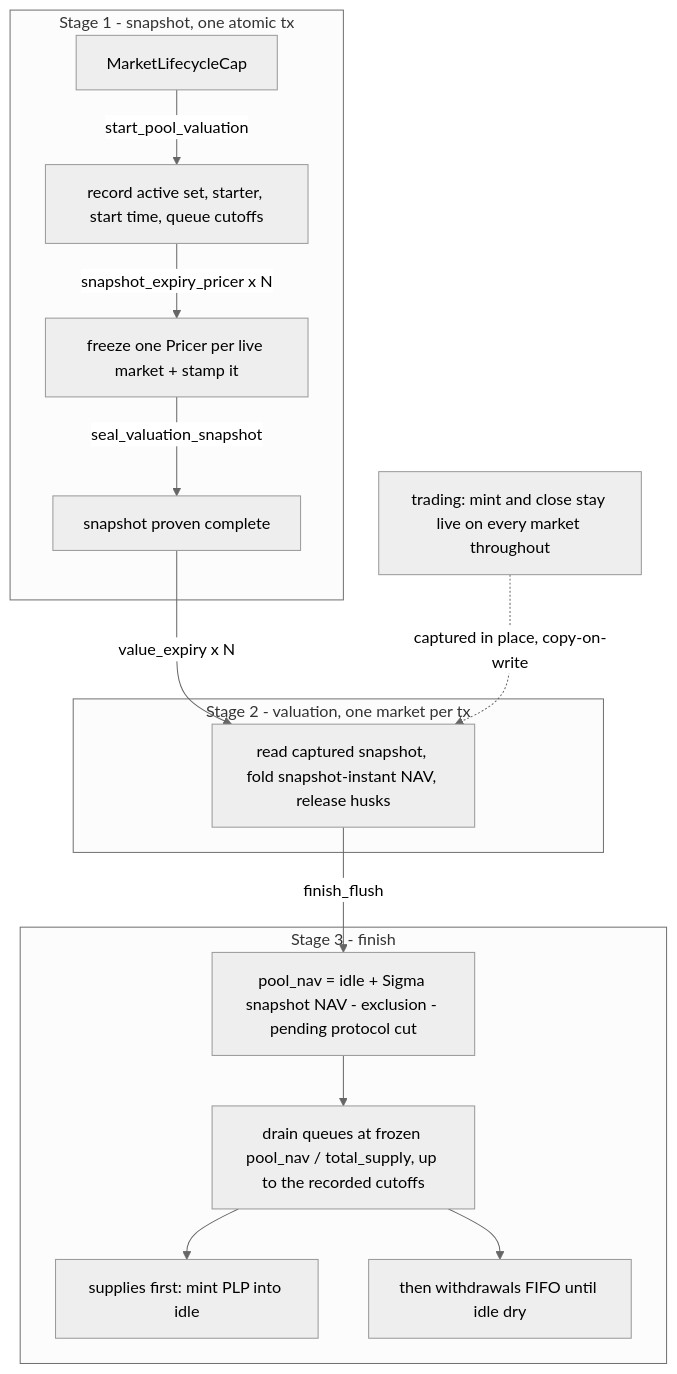
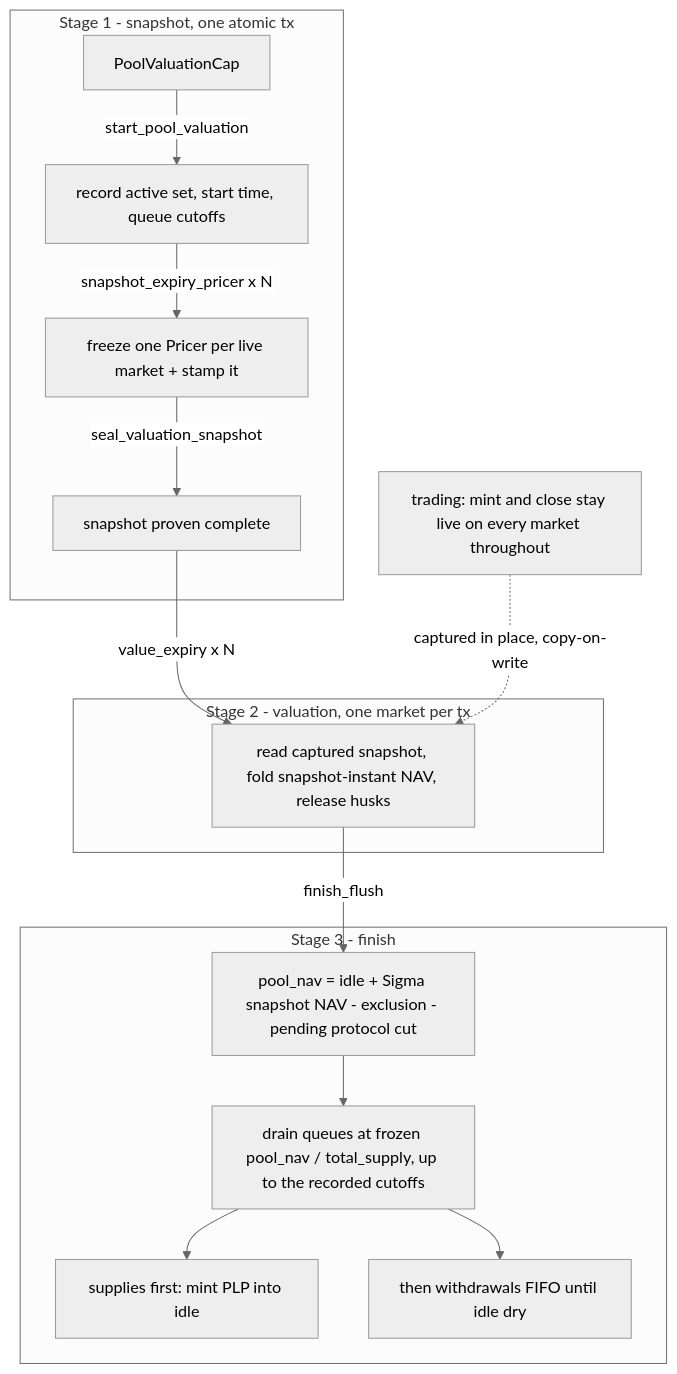
Before and after one commit to MystenLabs/deepbookv3: the diagram in packages/predict/docs/concepts/liquidity-and-nav.md, drawn with Mermaid (neutral theme). The commit also changed other lines of this file and 26 other files, not shown here.

First line of the commit message:
predict: split pool-valuation authority out of MarketLifecycleCap (DBU-772) (#1285)

````diff
--- a/packages/predict/docs/concepts/liquidity-and-nav.md
+++ b/packages/predict/docs/concepts/liquidity-and-nav.md
@@ -93,18 +93,18 @@
 ```mermaid
 flowchart TD
   subgraph S1[Stage 1 - snapshot, one atomic tx]
-    CAP[MarketLifecycleCap] -->|start_pool_valuation| REC[record active set, starter, start time, queue cutoffs]
+    CAP[PoolValuationCap] -->|start_pool_valuation| REC[record active set, start time, queue cutoffs]
     REC -->|snapshot_expiry_pricer x N| FRZ[freeze one Pricer per live market + stamp it]
     FRZ -->|seal_valuation_snapshot| SEAL[snapshot proven complete]
   end
   subgraph S2[Stage 2 - valuation, one market per tx]
     SEAL -->|value_expiry x N| EXP[read captured snapshot, fold snapshot-instant NAV, release husks]
   end
   subgraph S3[Stage 3 - finish]
     EXP -->|finish_flush| NAV[pool_nav = idle + Sigma snapshot NAV - exclusion - pending protocol cut]
     NAV --> DRAIN[drain queues at frozen pool_nav / total_supply, up to the recorded cutoffs]
     DRAIN --> SUP[supplies first: mint PLP into idle]
     DRAIN --> WD[then withdrawals FIFO until idle dry]
   end
   TRADE[trading: mint and close stay live on every market throughout] -.->|captured in place, copy-on-write| EXP
 ```
````
